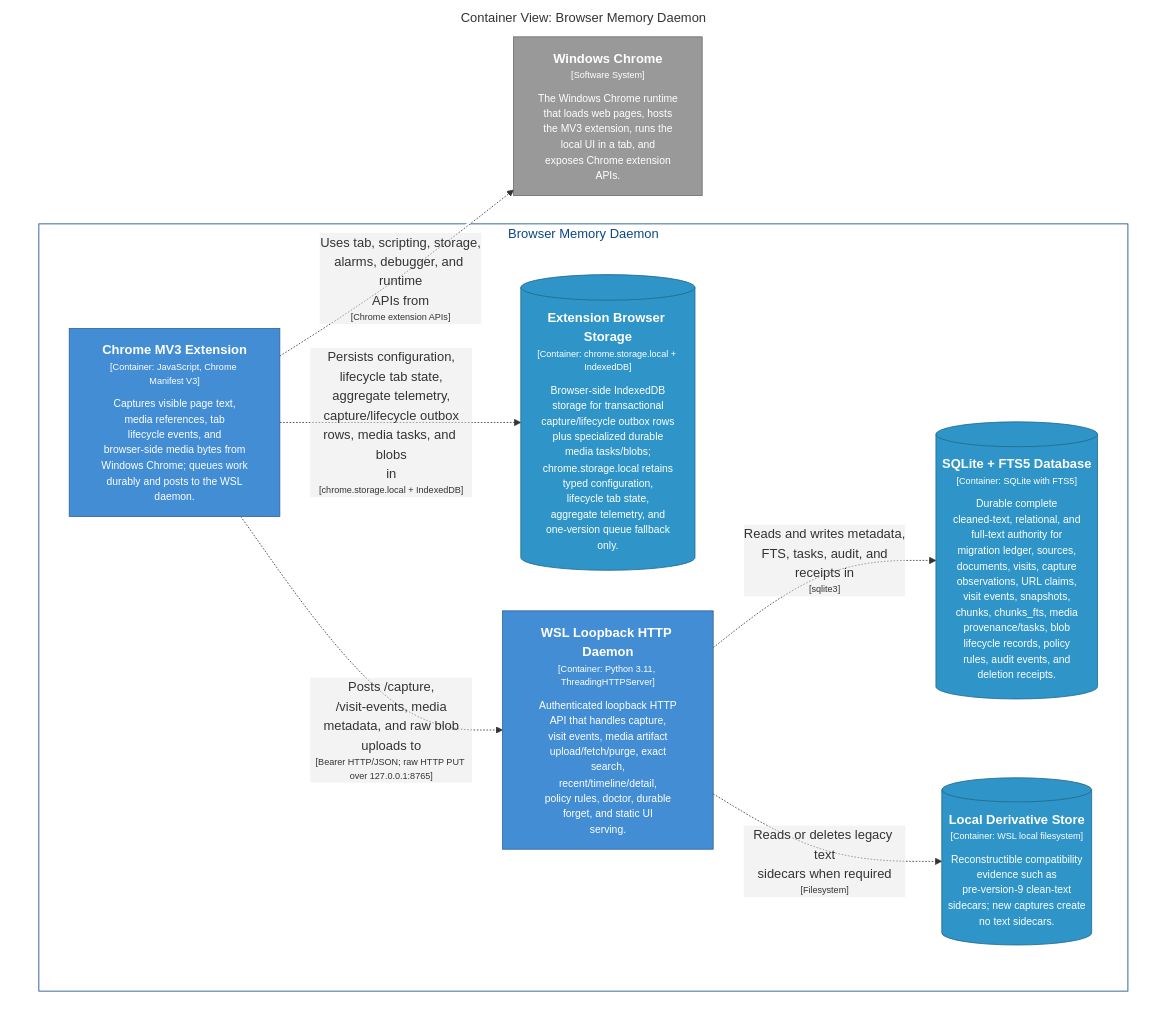
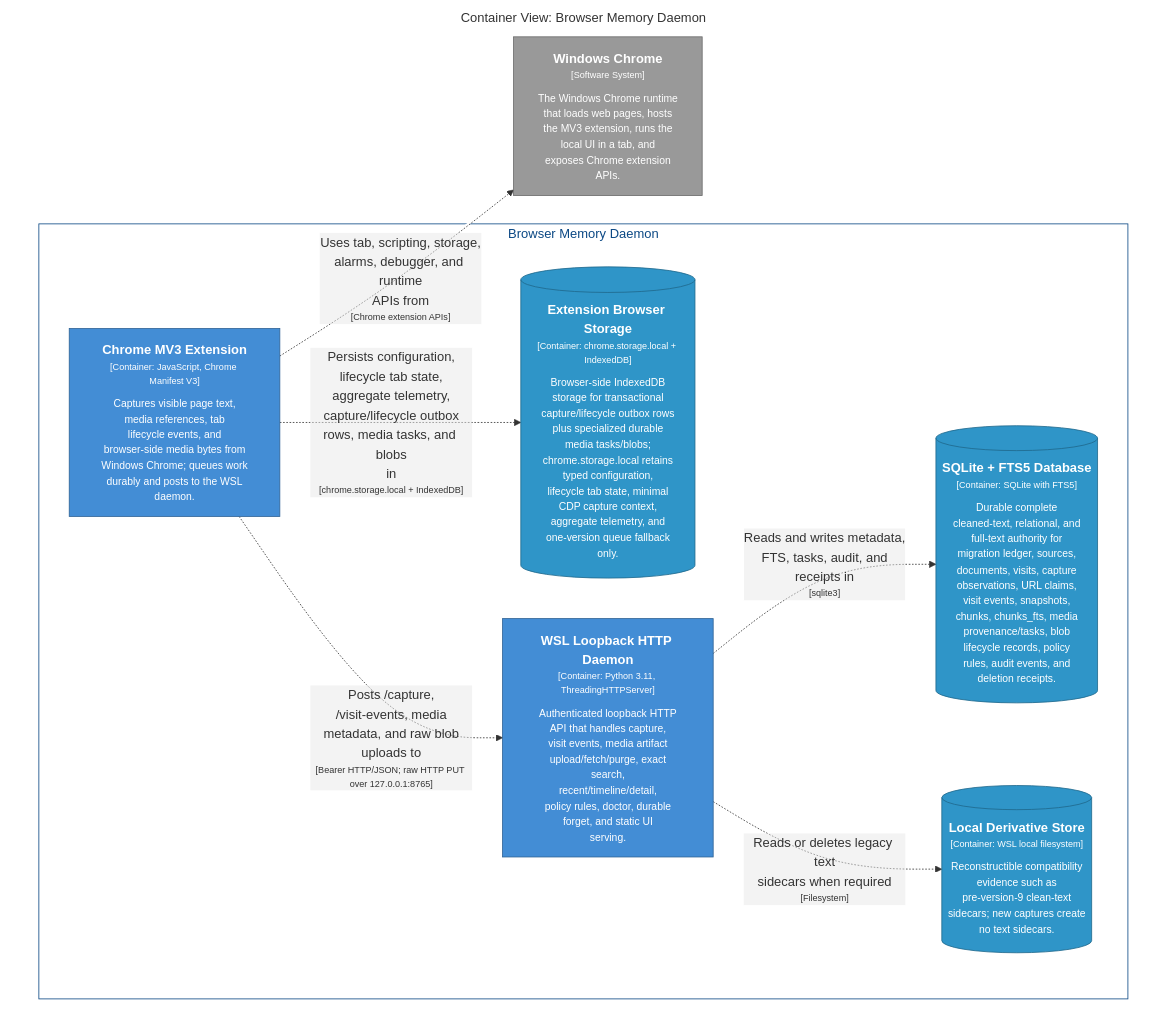
One commit to michaelnicks0/browser-memory-daemon changed the diagram in docs/architecture/diagrams/markdown/CaptureContainers.md. Above: the diagram before and after it, drawn with Mermaid. The commit also changed 193 other files, not shown here.

````diff
--- a/docs/architecture/diagrams/markdown/CaptureContainers.md
+++ b/docs/architecture/diagrams/markdown/CaptureContainers.md
@@ -16,33 +16,33 @@
 ```mermaid
 graph TB
   linkStyle default fill:#ffffff
 
   subgraph diagram ["Container View: Browser Memory Daemon"]
     style diagram fill:#ffffff,stroke:#ffffff
 
     2["<div style='font-weight: bold'>Windows Chrome</div><div style='font-size: 70%; margin-top: 0px'>[Software System]</div><div style='font-size: 80%; margin-top:10px'>The Windows Chrome runtime<br />that loads web pages, hosts<br />the MV3 extension, runs the<br />local UI in a tab, and<br />exposes Chrome extension<br />APIs.</div>"]
     style 2 fill:#999999,stroke:#6b6b6b,color:#ffffff
 
     subgraph 4 ["Browser Memory Daemon"]
       style 4 fill:#ffffff,stroke:#0b4884,color:#0b4884
 
-      14[("<div style='font-weight: bold'>Extension Browser Storage</div><div style='font-size: 70%; margin-top: 0px'>[Container: chrome.storage.local + IndexedDB]</div><div style='font-size: 80%; margin-top:10px'>Browser-side IndexedDB<br />storage for transactional<br />capture/lifecycle outbox rows<br />plus specialized durable<br />media tasks/blobs;<br />chrome.storage.local retains<br />typed configuration,<br />lifecycle tab state,<br />aggregate telemetry, and<br />one-version queue fallback<br />only.</div>")]
-      style 14 fill:#2f95c8,stroke:#20688c,color:#ffffff
-      15["<div style='font-weight: bold'>WSL Loopback HTTP Daemon</div><div style='font-size: 70%; margin-top: 0px'>[Container: Python 3.11, ThreadingHTTPServer]</div><div style='font-size: 80%; margin-top:10px'>Authenticated loopback HTTP<br />API that handles capture,<br />visit events, media artifact<br />upload/fetch/purge, exact<br />search,<br />recent/timeline/detail,<br />policy rules, doctor, durable<br />forget, and static UI<br />serving.</div>"]
-      style 15 fill:#438dd5,stroke:#2e6295,color:#ffffff
-      40[("<div style='font-weight: bold'>SQLite + FTS5 Database</div><div style='font-size: 70%; margin-top: 0px'>[Container: SQLite with FTS5]</div><div style='font-size: 80%; margin-top:10px'>Durable complete<br />cleaned-text, relational, and<br />full-text authority for<br />migration ledger, sources,<br />documents, visits, capture<br />observations, URL claims,<br />visit events, snapshots,<br />chunks, chunks_fts, media<br />provenance/tasks, blob<br />lifecycle records, policy<br />rules, audit events, and<br />deletion receipts.</div>")]
-      style 40 fill:#2f95c8,stroke:#20688c,color:#ffffff
-      41[("<div style='font-weight: bold'>Local Derivative Store</div><div style='font-size: 70%; margin-top: 0px'>[Container: WSL local filesystem]</div><div style='font-size: 80%; margin-top:10px'>Reconstructible compatibility<br />evidence such as<br />pre-version-9 clean-text<br />sidecars; new captures create<br />no text sidecars.</div>")]
-      style 41 fill:#2f95c8,stroke:#20688c,color:#ffffff
+      18[("<div style='font-weight: bold'>Extension Browser Storage</div><div style='font-size: 70%; margin-top: 0px'>[Container: chrome.storage.local + IndexedDB]</div><div style='font-size: 80%; margin-top:10px'>Browser-side IndexedDB<br />storage for transactional<br />capture/lifecycle outbox rows<br />plus specialized durable<br />media tasks/blobs;<br />chrome.storage.local retains<br />typed configuration,<br />lifecycle tab state, minimal<br />CDP capture context,<br />aggregate telemetry, and<br />one-version queue fallback<br />only.</div>")]
+      style 18 fill:#2f95c8,stroke:#20688c,color:#ffffff
+      19["<div style='font-weight: bold'>WSL Loopback HTTP Daemon</div><div style='font-size: 70%; margin-top: 0px'>[Container: Python 3.11, ThreadingHTTPServer]</div><div style='font-size: 80%; margin-top:10px'>Authenticated loopback HTTP<br />API that handles capture,<br />visit events, media artifact<br />upload/fetch/purge, exact<br />search,<br />recent/timeline/detail,<br />policy rules, doctor, durable<br />forget, and static UI<br />serving.</div>"]
+      style 19 fill:#438dd5,stroke:#2e6295,color:#ffffff
+      44[("<div style='font-weight: bold'>SQLite + FTS5 Database</div><div style='font-size: 70%; margin-top: 0px'>[Container: SQLite with FTS5]</div><div style='font-size: 80%; margin-top:10px'>Durable complete<br />cleaned-text, relational, and<br />full-text authority for<br />migration ledger, sources,<br />documents, visits, capture<br />observations, URL claims,<br />visit events, snapshots,<br />chunks, chunks_fts, media<br />provenance/tasks, blob<br />lifecycle records, policy<br />rules, audit events, and<br />deletion receipts.</div>")]
+      style 44 fill:#2f95c8,stroke:#20688c,color:#ffffff
+      45[("<div style='font-weight: bold'>Local Derivative Store</div><div style='font-size: 70%; margin-top: 0px'>[Container: WSL local filesystem]</div><div style='font-size: 80%; margin-top:10px'>Reconstructible compatibility<br />evidence such as<br />pre-version-9 clean-text<br />sidecars; new captures create<br />no text sidecars.</div>")]
+      style 45 fill:#2f95c8,stroke:#20688c,color:#ffffff
       5["<div style='font-weight: bold'>Chrome MV3 Extension</div><div style='font-size: 70%; margin-top: 0px'>[Container: JavaScript, Chrome Manifest V3]</div><div style='font-size: 80%; margin-top:10px'>Captures visible page text,<br />media references, tab<br />lifecycle events, and<br />browser-side media bytes from<br />Windows Chrome; queues work<br />durably and posts to the WSL<br />daemon.</div>"]
       style 5 fill:#438dd5,stroke:#2e6295,color:#ffffff
     end
 
     5-. "<div>Uses tab, scripting, storage,<br />alarms, debugger, and runtime<br />APIs from</div><div style='font-size: 70%'>[Chrome extension APIs]</div>" .->2
-    5-. "<div>Persists configuration,<br />lifecycle tab state,<br />aggregate telemetry,<br />capture/lifecycle outbox<br />rows, media tasks, and blobs<br />in</div><div style='font-size: 70%'>[chrome.storage.local + IndexedDB]</div>" .->14
-    5-. "<div>Posts /capture,<br />/visit-events, media<br />metadata, and raw blob<br />uploads to</div><div style='font-size: 70%'>[Bearer HTTP/JSON; raw HTTP PUT over 127.0.0.1:8765]</div>" .->15
-    15-. "<div>Reads and writes metadata,<br />FTS, tasks, audit, and<br />receipts in</div><div style='font-size: 70%'>[sqlite3]</div>" .->40
-    15-. "<div>Reads or deletes legacy text<br />sidecars when required</div><div style='font-size: 70%'>[Filesystem]</div>" .->41
+    5-. "<div>Persists configuration,<br />lifecycle tab state,<br />aggregate telemetry,<br />capture/lifecycle outbox<br />rows, media tasks, and blobs<br />in</div><div style='font-size: 70%'>[chrome.storage.local + IndexedDB]</div>" .->18
+    5-. "<div>Posts /capture,<br />/visit-events, media<br />metadata, and raw blob<br />uploads to</div><div style='font-size: 70%'>[Bearer HTTP/JSON; raw HTTP PUT over 127.0.0.1:8765]</div>" .->19
+    19-. "<div>Reads and writes metadata,<br />FTS, tasks, audit, and<br />receipts in</div><div style='font-size: 70%'>[sqlite3]</div>" .->44
+    19-. "<div>Reads or deletes legacy text<br />sidecars when required</div><div style='font-size: 70%'>[Filesystem]</div>" .->45
 
   end
 ```
````
